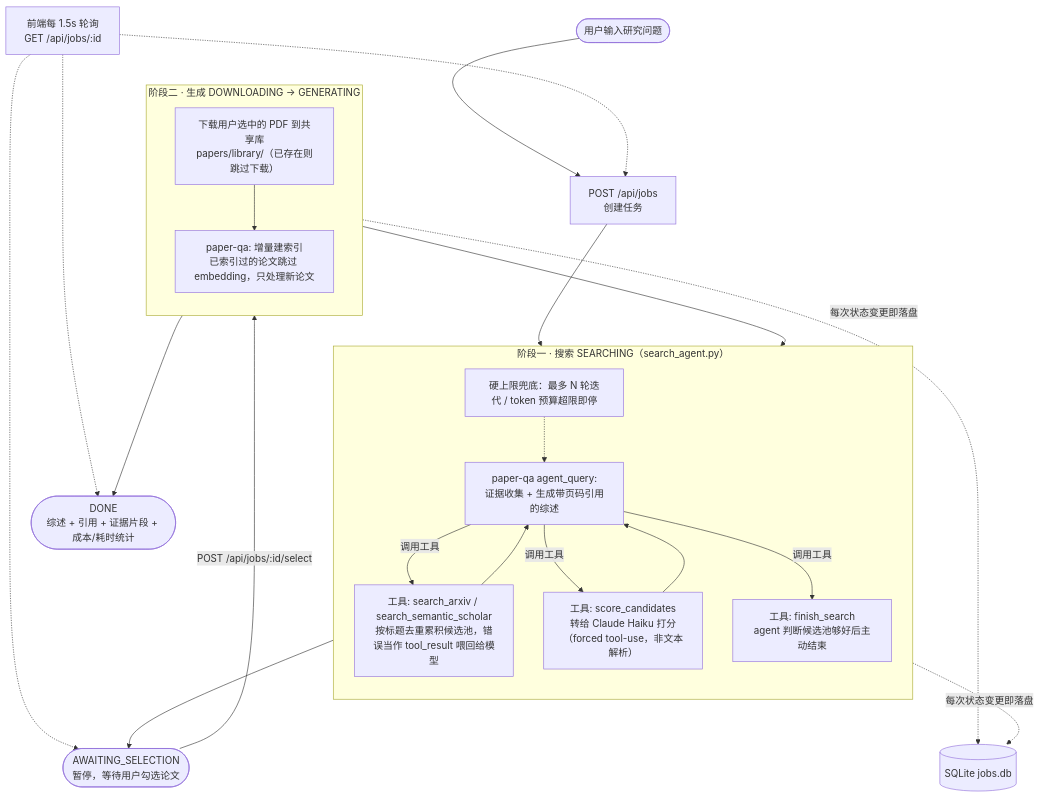
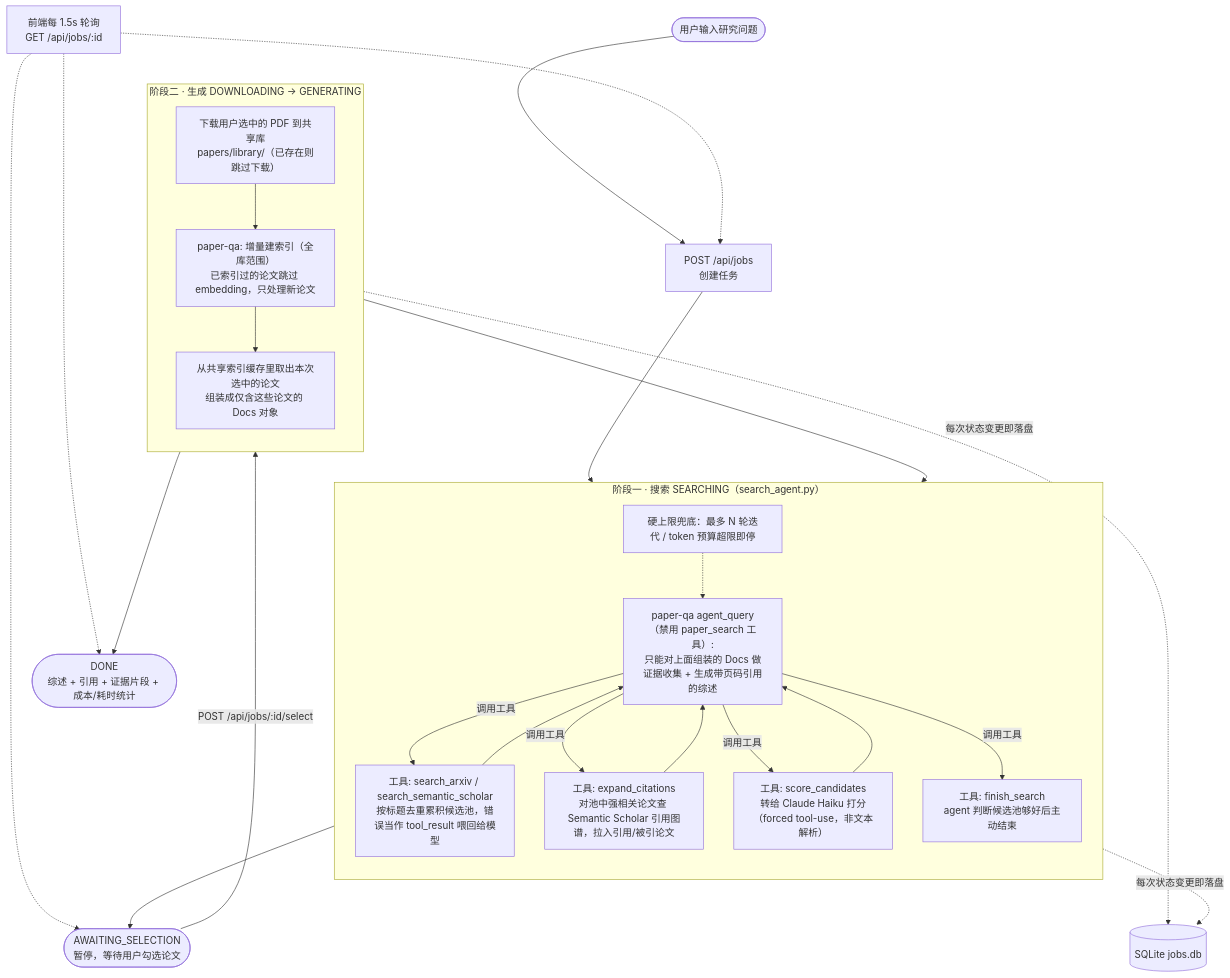
Before and after one commit to kkkkkkatherine01/essaySearch: the diagram in README.md, drawn with Mermaid. The commit also changed other lines of this file and 10 other files, not shown here.

First line of the commit message:
Add citation-graph snowballing, scoped paper-qa docs, context-precision eval

````diff
--- a/README.md
+++ b/README.md
@@ -22,39 +26,42 @@
 ```mermaid
 flowchart TD
     User(["用户输入研究问题"]) --> Create["POST /api/jobs<br/>创建任务"]
 
     subgraph Stage1["阶段一 · 搜索 SEARCHING（search_agent.py）"]
         direction TB
         Agent["Claude Sonnet: tool-use 循环<br/>自主决定关键词/搜索源/是否再搜一轮"]
         ToolSearch["工具: search_arxiv / search_semantic_scholar<br/>按标题去重累积候选池，错误当作 tool_result 喂回给模型"]
+        ToolSnowball["工具: expand_citations<br/>对池中强相关论文查 Semantic Scholar 引用图谱，拉入引用/被引论文"]
         ToolScore["工具: score_candidates<br/>转给 Claude Haiku 打分（forced tool-use，非文本解析）"]
         ToolFinish["工具: finish_search<br/>agent 判断候选池够好后主动结束"]
         Cap["硬上限兜底：最多 N 轮迭代 / token 预算超限即停"]
         Agent -->|"调用工具"| ToolSearch --> Agent
+        Agent -->|"调用工具"| ToolSnowball --> Agent
         Agent -->|"调用工具"| ToolScore --> Agent
         Agent -->|"调用工具"| ToolFinish
         Cap -.-> Agent
     end
 
     Create --> Stage1
     Stage1 --> Wait(["AWAITING_SELECTION<br/>暂停，等待用户勾选论文"])
     Wait -->|"POST /api/jobs/:id/select"| Stage2
 
     subgraph Stage2["阶段二 · 生成 DOWNLOADING → GENERATING"]
         direction TB
         DL["下载用户选中的 PDF 到共享库<br/>papers/library/（已存在则跳过下载）"]
-        Index["paper-qa: 增量建索引<br/>已索引过的论文跳过 embedding，只处理新论文"]
-        Agent["paper-qa agent_query:<br/>证据收集 + 生成带页码引用的综述"]
-        DL --> Index --> Agent
+        Index["paper-qa: 增量建索引（全库范围）<br/>已索引过的论文跳过 embedding，只处理新论文"]
+        Scope["从共享索引缓存里取出本次选中的论文<br/>组装成仅含这些论文的 Docs 对象"]
+        Agent["paper-qa agent_query（禁用 paper_search 工具）:<br/>只能对上面组装的 Docs 做证据收集 + 生成带页码引用的综述"]
+        DL --> Index --> Scope --> Agent
     end
 
     Stage2 --> Done(["DONE<br/>综述 + 引用 + 证据片段 + 成本/耗时统计"])
 
     DB[("SQLite jobs.db")]
     Stage1 -. 每次状态变更即落盘 .-> DB
     Stage2 -. 每次状态变更即落盘 .-> DB
 
     FE["前端每 1.5s 轮询<br/>GET /api/jobs/:id"] -.-> Create
     FE -.-> Wait
     FE -.-> Done
 ```
````
